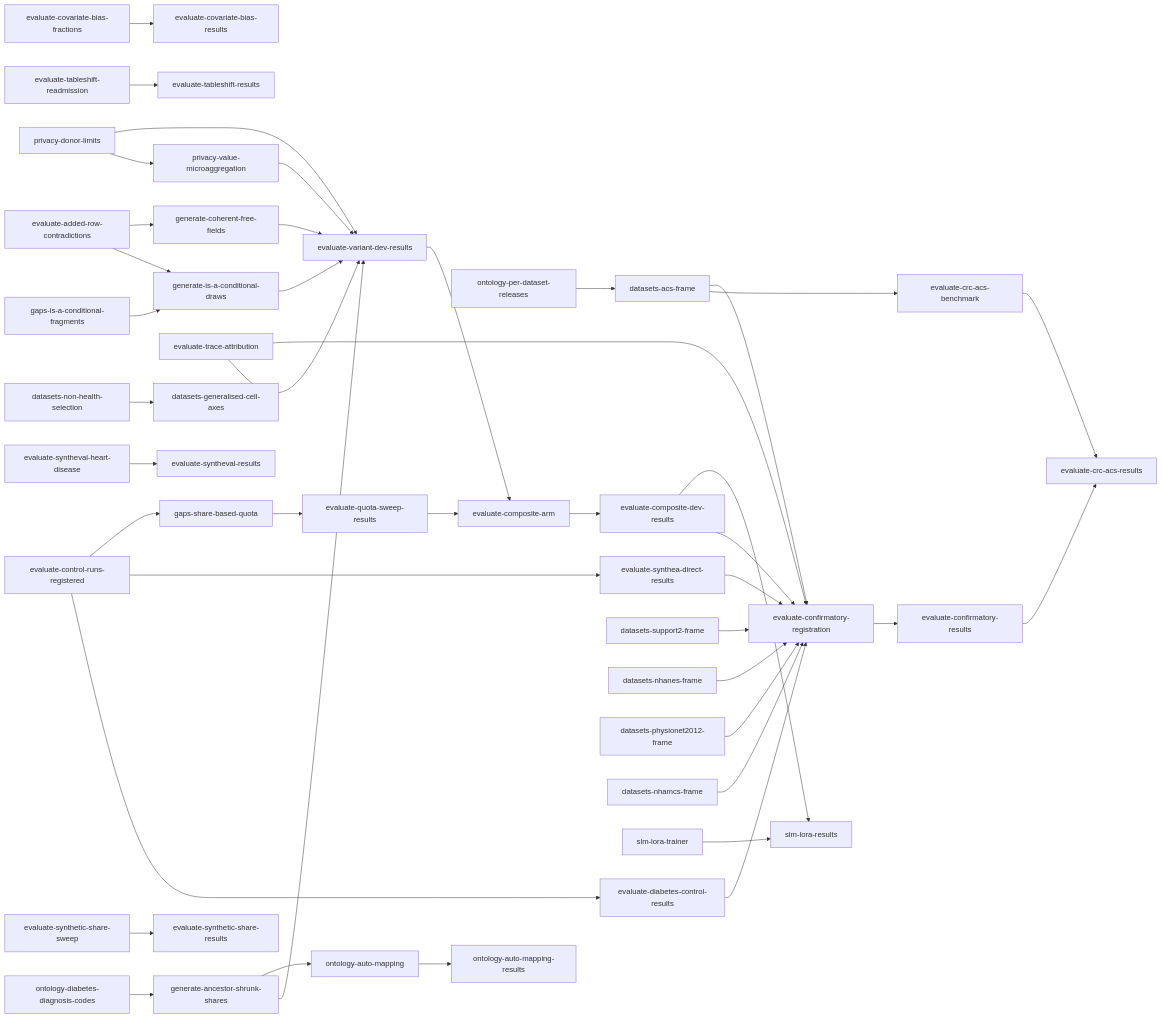
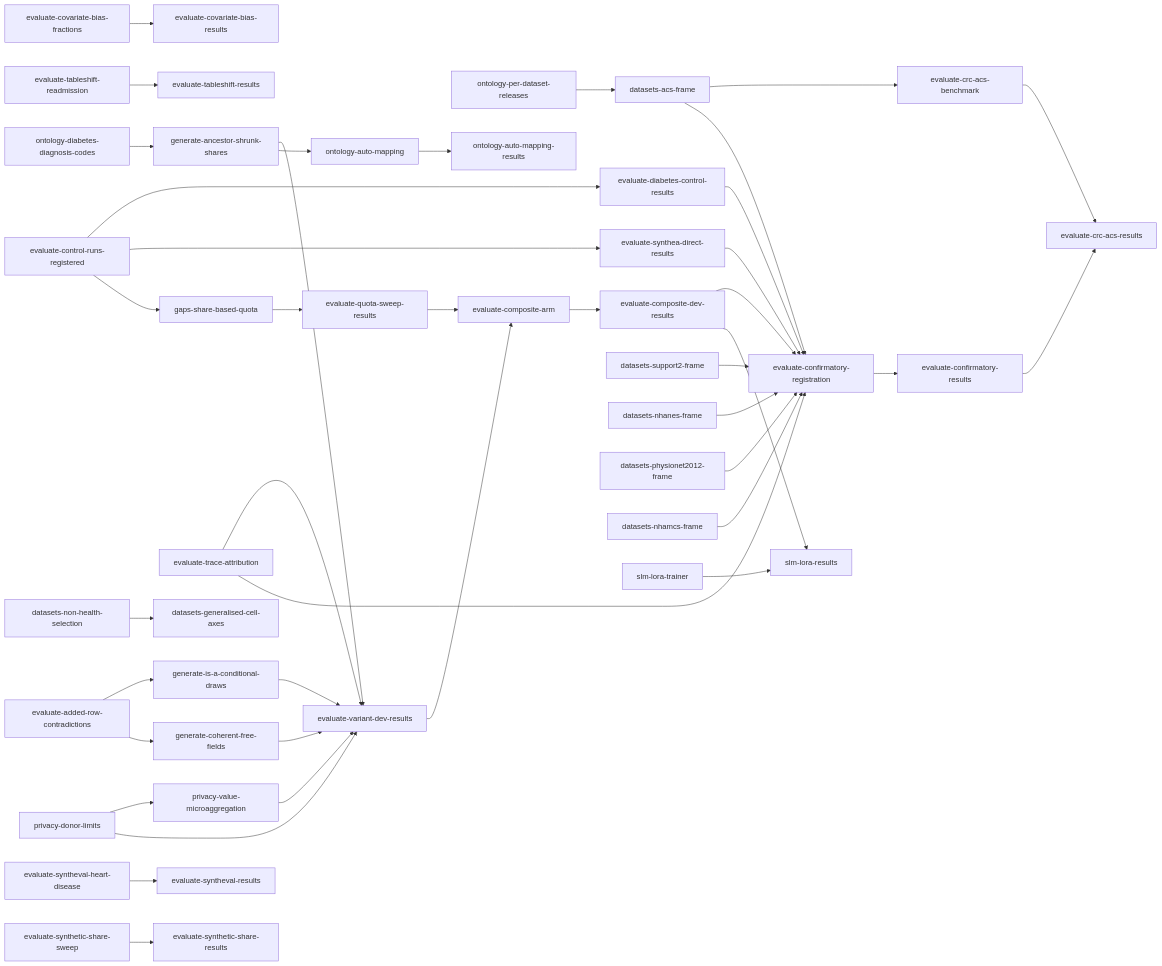
Before and after one commit to joe-dartmouth/synthetic: the diagram in tasks/direct-index.md, drawn with Mermaid. The commit also changed other lines of this file and 10 other files, not shown here.

First line of the commit message:
Add is_a conditional fragments on request (#119)

````diff
--- a/tasks/direct-index.md
+++ b/tasks/direct-index.md
@@ -83,44 +82,43 @@
 ```mermaid
 flowchart LR
     u37[evaluate-covariate-bias-fractions] --> u38[evaluate-covariate-bias-results]
     u39[evaluate-tableshift-readmission] --> u40[evaluate-tableshift-results]
     u6[evaluate-control-runs-registered] --> u7[evaluate-diabetes-control-results]
     u6 --> u8[evaluate-synthea-direct-results]
-    u10[gaps-is-a-conditional-fragments] --> u11[generate-is-a-conditional-draws]
-    u9[evaluate-added-row-contradictions] --> u11
+    u9[evaluate-added-row-contradictions] --> u11[generate-is-a-conditional-draws]
     u12[ontology-diabetes-diagnosis-codes] --> u13[generate-ancestor-shrunk-shares]
     u15[privacy-donor-limits] --> u16[privacy-value-microaggregation]
     u9 --> u17[generate-coherent-free-fields]
     u11 --> u19[evaluate-variant-dev-results]
     u13 --> u19
     u15 --> u19
     u16 --> u19
     u17 --> u19
     u18[evaluate-trace-attribution] --> u19
     u6 --> u20[gaps-share-based-quota]
     u20 --> u21[evaluate-quota-sweep-results]
     u24[ontology-per-dataset-releases] --> u27[datasets-acs-frame]
     u27 --> u41[evaluate-crc-acs-benchmark]
     u49[datasets-non-health-selection] --> u50[datasets-generalised-cell-axes]
     u43[evaluate-syntheval-heart-disease] --> u44[evaluate-syntheval-results]
     u19 --> u28[evaluate-composite-arm]
     u21 --> u28
     u28 --> u29[evaluate-composite-dev-results]
     u7 --> u30[evaluate-confirmatory-registration]
     u8 --> u30
     u18 --> u30
     u45[evaluate-synthetic-share-sweep] --> u46[evaluate-synthetic-share-results]
     u25[datasets-support2-frame] --> u30
     u26[datasets-nhanes-frame] --> u30
     u27 --> u30
     u47[datasets-physionet2012-frame] --> u30
     u48[datasets-nhamcs-frame] --> u30
     u29 --> u30
     u30 --> u31[evaluate-confirmatory-results]
     u41 --> u42[evaluate-crc-acs-results]
     u31 --> u42
     u13 --> u32[ontology-auto-mapping]
     u32 --> u33[ontology-auto-mapping-results]
     u29 --> u36[slm-lora-results]
     u35[slm-lora-trainer] --> u36
 ```
````
